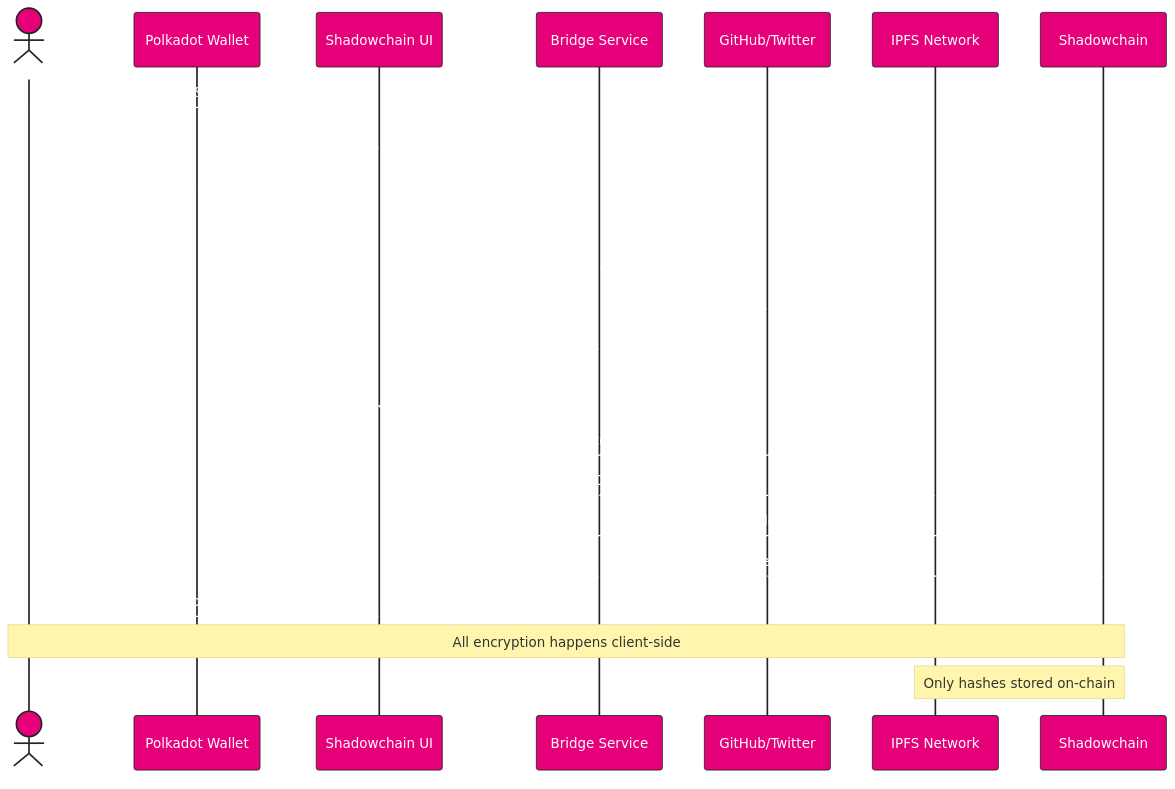
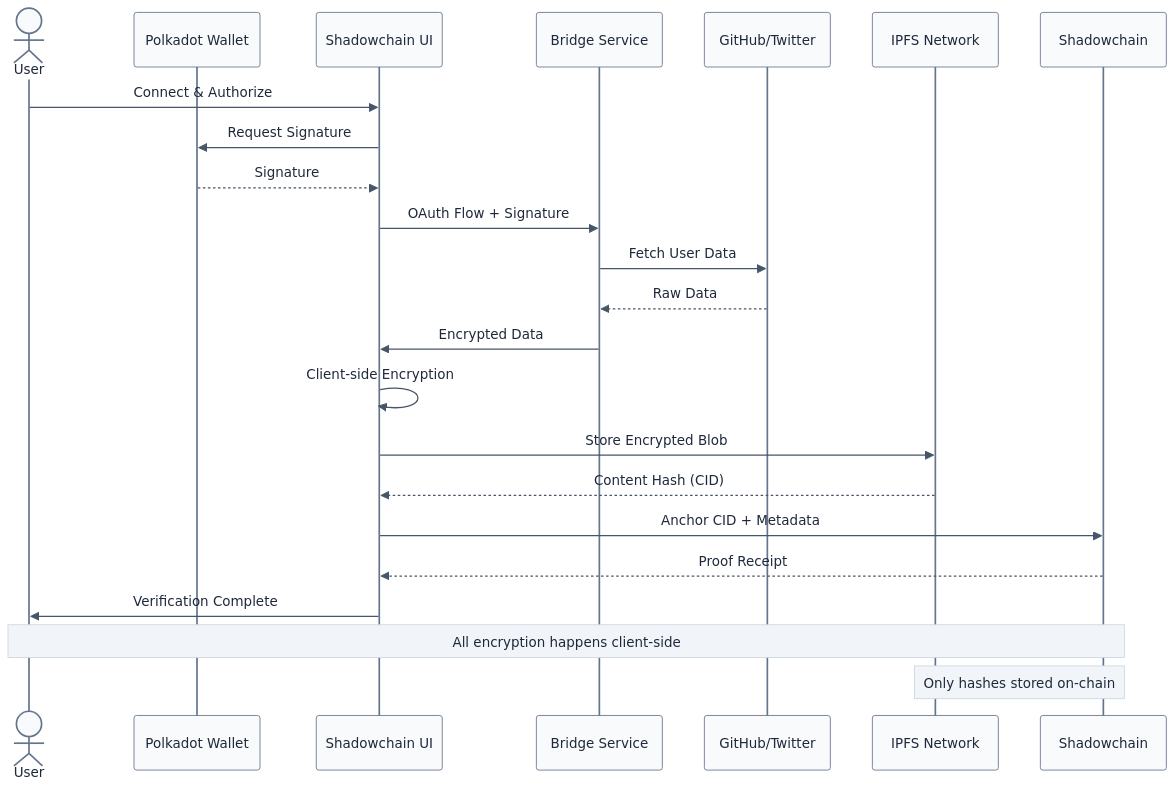
Before and after one commit to tufstraka/shadowchain: the second of 4 diagrams in README.md, drawn with Mermaid. The commit also changed other lines of this file, not shown here.

Commit message:
Update diagrams with neutral, high-contrast color scheme

````diff
--- a/README.md
+++ b/README.md
@@ -202,28 +204,28 @@
 ```mermaid
-%%{init: {'theme':'base', 'themeVariables': { 'primaryColor':'#E6007A','primaryTextColor':'#fff','primaryBorderColor':'#232323','lineColor':'#65C2CB','secondaryColor':'#232323','tertiaryColor':'#fff'}}}%%
+%%{init: {'theme':'base', 'themeVariables': { 'primaryColor':'#2563eb','primaryTextColor':'#fff','secondaryColor':'#0ea5e9','tertiaryColor':'#64748b','noteBkgColor':'#f1f5f9','noteTextColor':'#1e293b','noteBorderColor':'#cbd5e1','actorBkg':'#f8fafc','actorBorder':'#64748b','actorTextColor':'#1e293b','signalColor':'#475569','signalTextColor':'#1e293b','labelBoxBkgColor':'#f1f5f9','labelTextColor':'#1e293b','loopTextColor':'#1e293b','activationBkgColor':'#dbeafe','activationBorderColor':'#2563eb','sequenceNumberColor':'#fff'}}}%%
 sequenceDiagram
     actor User
     participant Wallet as Polkadot Wallet
     participant Frontend as Shadowchain UI
     participant Backend as Bridge Service
     participant Platform as GitHub/Twitter
     participant IPFS as IPFS Network
     participant Chain as Shadowchain
 
     User->>Frontend: Connect & Authorize
     Frontend->>Wallet: Request Signature
     Wallet-->>Frontend: Signature
     Frontend->>Backend: OAuth Flow + Signature
     Backend->>Platform: Fetch User Data
     Platform-->>Backend: Raw Data
     Backend->>Frontend: Encrypted Data
     Frontend->>Frontend: Client-side Encryption
     Frontend->>IPFS: Store Encrypted Blob
     IPFS-->>Frontend: Content Hash (CID)
     Frontend->>Chain: Anchor CID + Metadata
     Chain-->>Frontend: Proof Receipt
     Frontend->>User: Verification Complete
     
     Note over User,Chain: All encryption happens client-side
     Note over IPFS,Chain: Only hashes stored on-chain
 ```
````
